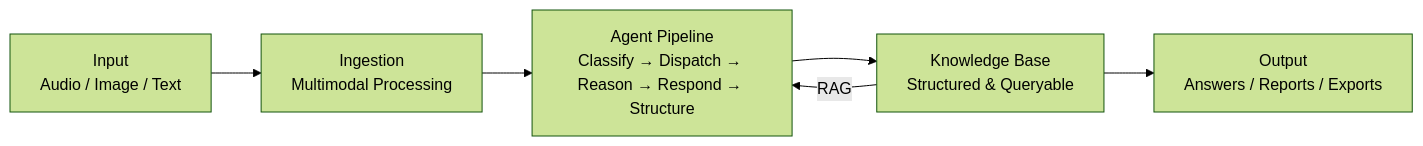
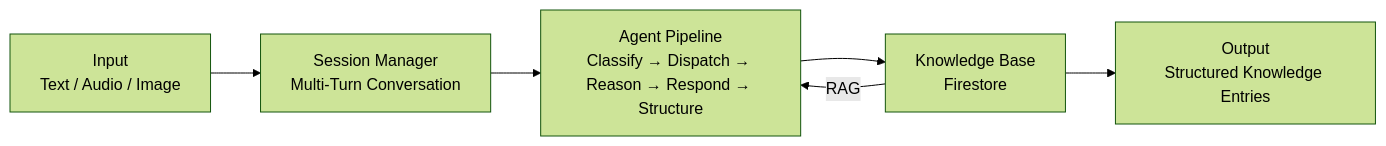
The diagram in README.md (mulkatz/mycel), drawn with Mermaid (forest theme) before and after one commit. The commit also changed other lines of this file and 1 other file, not shown here.

First line of the commit message:
docs: update README with usage guide and update ROADMAP backlog

````diff
--- a/README.md
+++ b/README.md
@@ -11,8 +24,8 @@
 ```mermaid
 graph LR
-    A[Input<br/>Audio / Image / Text] --> B[Ingestion<br/>Multimodal Processing]
+    A[Input<br/>Text / Audio / Image] --> B[Session Manager<br/>Multi-Turn Conversation]
     B --> C[Agent Pipeline<br/>Classify → Dispatch → Reason → Respond → Structure]
-    C --> D[Knowledge Base<br/>Structured & Queryable]
-    D --> E[Output<br/>Answers / Reports / Exports]
+    C --> D[Knowledge Base<br/>Firestore]
+    D --> E[Output<br/>Structured Knowledge Entries]
     D -->|RAG| C
 ```
````
